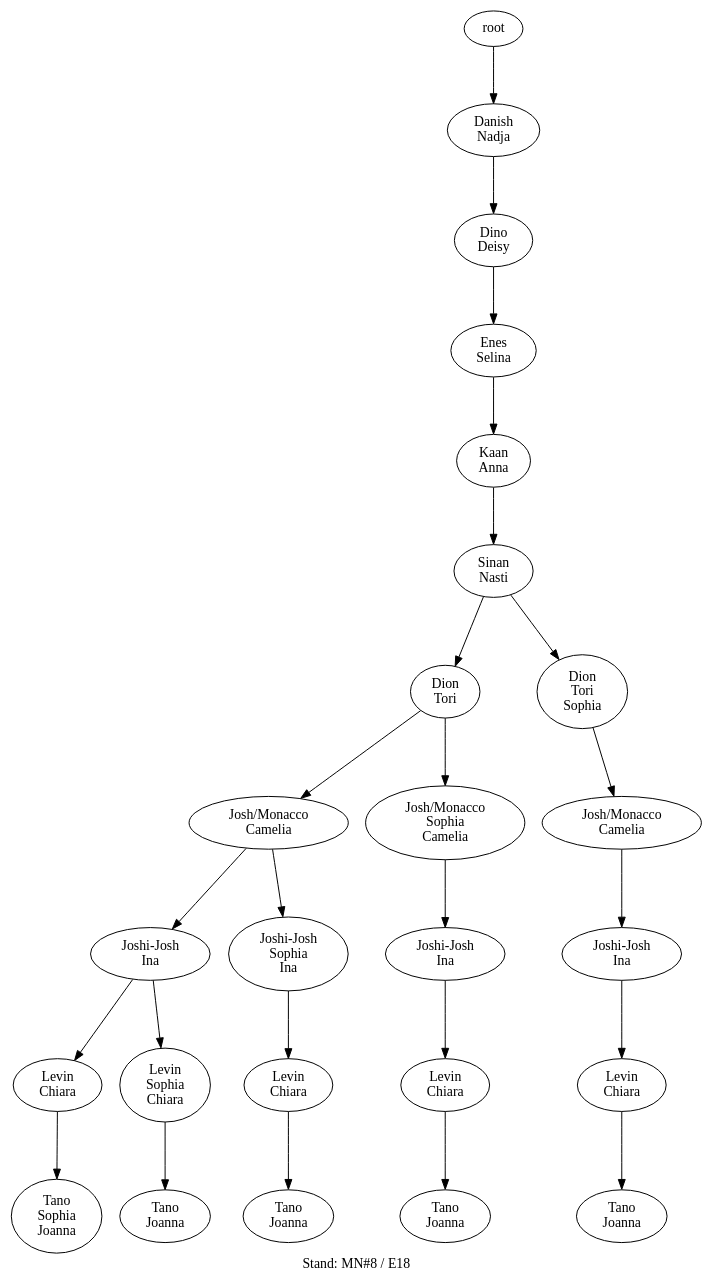
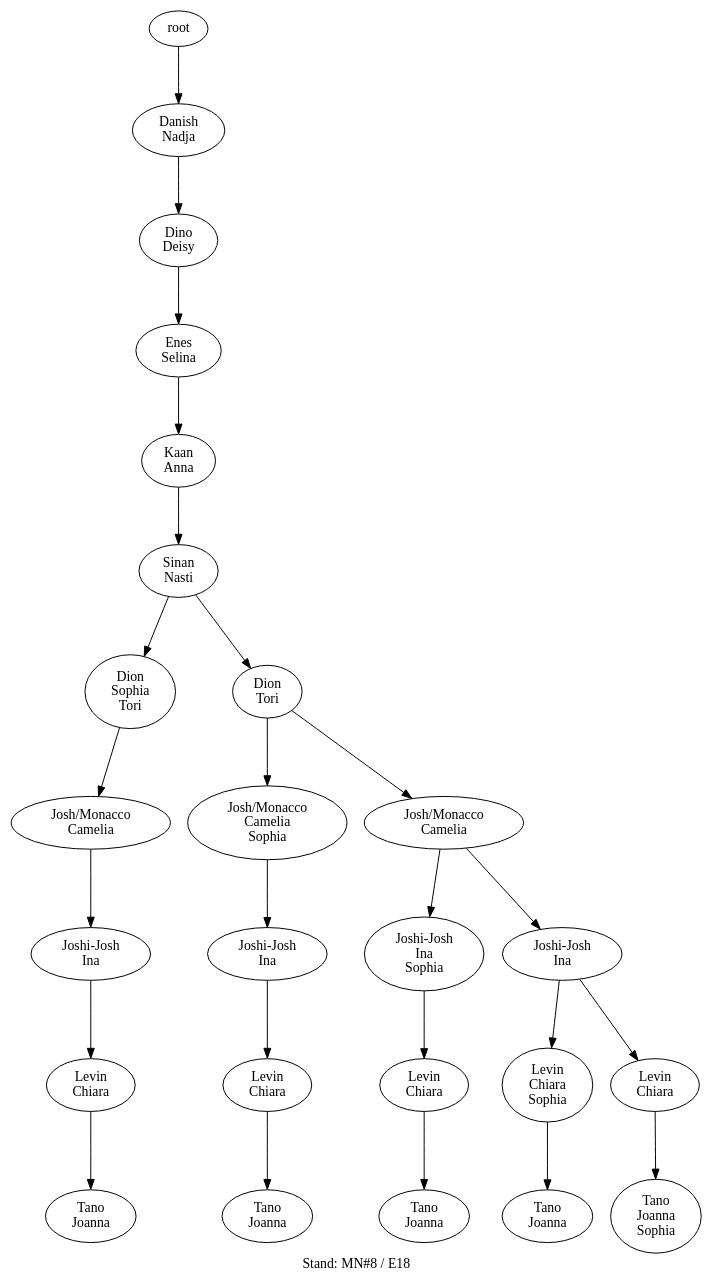
Before and after one commit to atticus-sullivan/sim-ayto: the diagram in data/de06/de06_16_tree.dot, drawn with Graphviz. The commit also changed 23 other files, not shown here.

```diff
--- a/data/de06/de06_16_tree.dot
+++ b/data/de06/de06_16_tree.dot
@@ -1,50 +1,50 @@
 digraph D { labelloc="b"; label="Stand: MN#8 / E18"; ranksep=0.8;
 "root/6"[label="Danish\nNadja"]
 "root" -> "root/6";
 "root/6/3"[label="Dino\nDeisy"]
 "root/6" -> "root/6/3";
 "root/6/3/8"[label="Enes\nSelina"]
 "root/6/3" -> "root/6/3/8";
 "root/6/3/8/0"[label="Kaan\nAnna"]
 "root/6/3/8" -> "root/6/3/8/0";
 "root/6/3/8/0/7"[label="Sinan\nNasti"]
 "root/6/3/8/0" -> "root/6/3/8/0/7";
+"root/6/3/8/0/7/9,10"[label="Dion\nSophia\nTori"]
+"root/6/3/8/0/7" -> "root/6/3/8/0/7/9,10";
+"root/6/3/8/0/7/9,10/1"[label="Josh/Monacco\nCamelia"]
+"root/6/3/8/0/7/9,10" -> "root/6/3/8/0/7/9,10/1";
+"root/6/3/8/0/7/9,10/1/4"[label="Joshi-Josh\nIna"]
+"root/6/3/8/0/7/9,10/1" -> "root/6/3/8/0/7/9,10/1/4";
+"root/6/3/8/0/7/9,10/1/4/2"[label="Levin\nChiara"]
+"root/6/3/8/0/7/9,10/1/4" -> "root/6/3/8/0/7/9,10/1/4/2";
+"root/6/3/8/0/7/9,10/1/4/2/5"[label="Tano\nJoanna"]
+"root/6/3/8/0/7/9,10/1/4/2" -> "root/6/3/8/0/7/9,10/1/4/2/5";
 "root/6/3/8/0/7/10"[label="Dion\nTori"]
 "root/6/3/8/0/7" -> "root/6/3/8/0/7/10";
+"root/6/3/8/0/7/10/1,9"[label="Josh/Monacco\nCamelia\nSophia"]
+"root/6/3/8/0/7/10" -> "root/6/3/8/0/7/10/1,9";
+"root/6/3/8/0/7/10/1,9/4"[label="Joshi-Josh\nIna"]
+"root/6/3/8/0/7/10/1,9" -> "root/6/3/8/0/7/10/1,9/4";
+"root/6/3/8/0/7/10/1,9/4/2"[label="Levin\nChiara"]
+"root/6/3/8/0/7/10/1,9/4" -> "root/6/3/8/0/7/10/1,9/4/2";
+"root/6/3/8/0/7/10/1,9/4/2/5"[label="Tano\nJoanna"]
+"root/6/3/8/0/7/10/1,9/4/2" -> "root/6/3/8/0/7/10/1,9/4/2/5";
 "root/6/3/8/0/7/10/1"[label="Josh/Monacco\nCamelia"]
 "root/6/3/8/0/7/10" -> "root/6/3/8/0/7/10/1";
+"root/6/3/8/0/7/10/1/4,9"[label="Joshi-Josh\nIna\nSophia"]
+"root/6/3/8/0/7/10/1" -> "root/6/3/8/0/7/10/1/4,9";
+"root/6/3/8/0/7/10/1/4,9/2"[label="Levin\nChiara"]
+"root/6/3/8/0/7/10/1/4,9" -> "root/6/3/8/0/7/10/1/4,9/2";
+"root/6/3/8/0/7/10/1/4,9/2/5"[label="Tano\nJoanna"]
+"root/6/3/8/0/7/10/1/4,9/2" -> "root/6/3/8/0/7/10/1/4,9/2/5";
 "root/6/3/8/0/7/10/1/4"[label="Joshi-Josh\nIna"]
 "root/6/3/8/0/7/10/1" -> "root/6/3/8/0/7/10/1/4";
+"root/6/3/8/0/7/10/1/4/2,9"[label="Levin\nChiara\nSophia"]
+"root/6/3/8/0/7/10/1/4" -> "root/6/3/8/0/7/10/1/4/2,9";
+"root/6/3/8/0/7/10/1/4/2,9/5"[label="Tano\nJoanna"]
+"root/6/3/8/0/7/10/1/4/2,9" -> "root/6/3/8/0/7/10/1/4/2,9/5";
 "root/6/3/8/0/7/10/1/4/2"[label="Levin\nChiara"]
 "root/6/3/8/0/7/10/1/4" -> "root/6/3/8/0/7/10/1/4/2";
-"root/6/3/8/0/7/10/1/4/2/9,5"[label="Tano\nSophia\nJoanna"]
-"root/6/3/8/0/7/10/1/4/2" -> "root/6/3/8/0/7/10/1/4/2/9,5";
-"root/6/3/8/0/7/10/1/9,4"[label="Joshi-Josh\nSophia\nIna"]
-"root/6/3/8/0/7/10/1" -> "root/6/3/8/0/7/10/1/9,4";
-"root/6/3/8/0/7/10/1/9,4/2"[label="Levin\nChiara"]
-"root/6/3/8/0/7/10/1/9,4" -> "root/6/3/8/0/7/10/1/9,4/2";
-"root/6/3/8/0/7/10/1/9,4/2/5"[label="Tano\nJoanna"]
-"root/6/3/8/0/7/10/1/9,4/2" -> "root/6/3/8/0/7/10/1/9,4/2/5";
-"root/6/3/8/0/7/10/1/4/9,2"[label="Levin\nSophia\nChiara"]
-"root/6/3/8/0/7/10/1/4" -> "root/6/3/8/0/7/10/1/4/9,2";
-"root/6/3/8/0/7/10/1/4/9,2/5"[label="Tano\nJoanna"]
-"root/6/3/8/0/7/10/1/4/9,2" -> "root/6/3/8/0/7/10/1/4/9,2/5";
-"root/6/3/8/0/7/10/9,1"[label="Josh/Monacco\nSophia\nCamelia"]
-"root/6/3/8/0/7/10" -> "root/6/3/8/0/7/10/9,1";
-"root/6/3/8/0/7/10/9,1/4"[label="Joshi-Josh\nIna"]
-"root/6/3/8/0/7/10/9,1" -> "root/6/3/8/0/7/10/9,1/4";
-"root/6/3/8/0/7/10/9,1/4/2"[label="Levin\nChiara"]
-"root/6/3/8/0/7/10/9,1/4" -> "root/6/3/8/0/7/10/9,1/4/2";
-"root/6/3/8/0/7/10/9,1/4/2/5"[label="Tano\nJoanna"]
-"root/6/3/8/0/7/10/9,1/4/2" -> "root/6/3/8/0/7/10/9,1/4/2/5";
-"root/6/3/8/0/7/10,9"[label="Dion\nTori\nSophia"]
-"root/6/3/8/0/7" -> "root/6/3/8/0/7/10,9";
-"root/6/3/8/0/7/10,9/1"[label="Josh/Monacco\nCamelia"]
-"root/6/3/8/0/7/10,9" -> "root/6/3/8/0/7/10,9/1";
-"root/6/3/8/0/7/10,9/1/4"[label="Joshi-Josh\nIna"]
-"root/6/3/8/0/7/10,9/1" -> "root/6/3/8/0/7/10,9/1/4";
-"root/6/3/8/0/7/10,9/1/4/2"[label="Levin\nChiara"]
-"root/6/3/8/0/7/10,9/1/4" -> "root/6/3/8/0/7/10,9/1/4/2";
-"root/6/3/8/0/7/10,9/1/4/2/5"[label="Tano\nJoanna"]
-"root/6/3/8/0/7/10,9/1/4/2" -> "root/6/3/8/0/7/10,9/1/4/2/5";
+"root/6/3/8/0/7/10/1/4/2/5,9"[label="Tano\nJoanna\nSophia"]
+"root/6/3/8/0/7/10/1/4/2" -> "root/6/3/8/0/7/10/1/4/2/5,9";
 }
```
